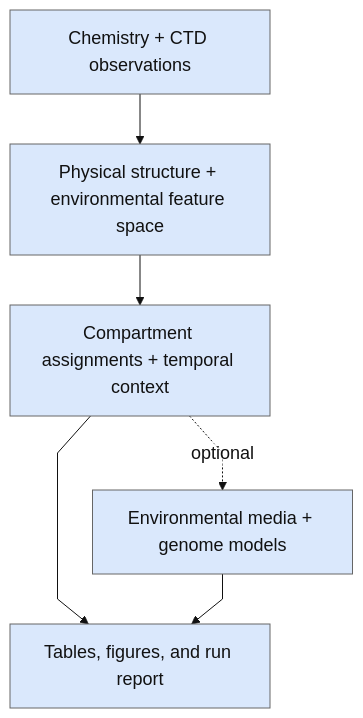
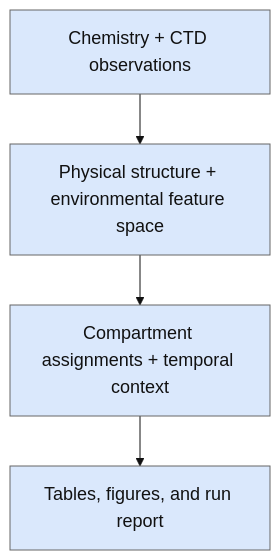
The diagram in docs/diagrams/conceptual.mmd (hallamlab/BASINS), drawn with Mermaid before and after one commit. The commit also changed 29 other files, not shown here.

```diff
--- a/docs/diagrams/conceptual.mmd
+++ b/docs/diagrams/conceptual.mmd
@@ -1,7 +1,5 @@
 %%{init: {"theme":"base","themeVariables":{"fontFamily":"Times New Roman, Times, serif","fontSize":"18px","primaryColor":"#DAE8FC","primaryTextColor":"#111111","primaryBorderColor":"#666666","lineColor":"#111111","secondaryColor":"#D5E8D4","tertiaryColor":"#F5F5F5","edgeLabelBackground":"#ffffff"},"flowchart":{"htmlLabels":false,"curve":"linear"}}}%%
 flowchart TB
  A["Chemistry + CTD observations"] --> B["Physical structure + environmental feature space"]
  B --> C["Compartment assignments + temporal context"]
  C --> D["Tables, figures, and run report"]
- C -. "optional" .-> E["Environmental media + genome models"]
- E --> D
```
